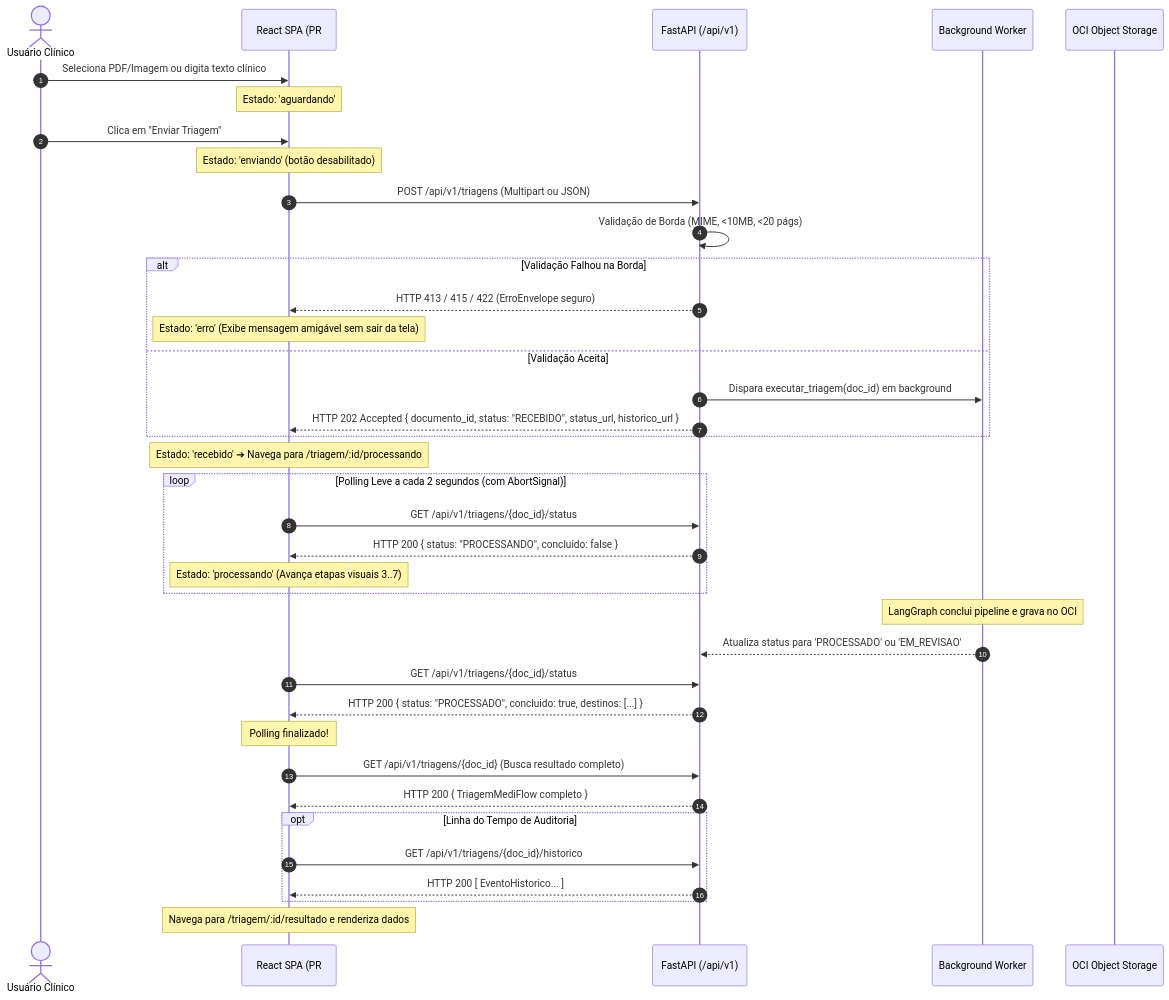
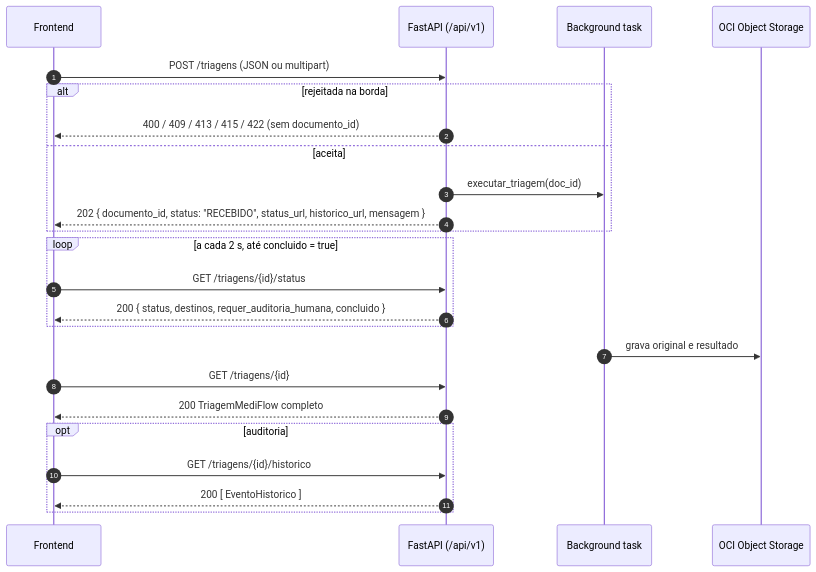
The diagram in docs/GUIA_INTEGRACAO_API.md (No-Country-simulation/g10-brasil-equipe-15_mediflow), drawn with Mermaid before and after one commit. The commit also changed other lines of this file and 2 other files, not shown here.

First line of the commit message:
docs(api): audita e alinha guia de integracao e contrato de dados

````diff
--- a/docs/GUIA_INTEGRACAO_API.md
+++ b/docs/GUIA_INTEGRACAO_API.md
@@ -92,49 +78,29 @@
 ```mermaid
 sequenceDiagram
     autonumber
-    actor U as Usuário Clínico
-    participant UI as React SPA (PR #24)
+    participant UI as Frontend
     participant API as FastAPI (/api/v1)
-    participant BG as Background Worker
+    participant BG as Background task
     participant OCI as OCI Object Storage
 
-    U->>UI: Seleciona PDF/Imagem ou digita texto clínico
-    Note over UI: Estado: 'aguardando'
-    U->>UI: Clica em "Enviar Triagem"
-    Note over UI: Estado: 'enviando' (botão desabilitado)
-
-    UI->>API: POST /api/v1/triagens (Multipart ou JSON)
-    API->>API: Validação de Borda (MIME, <10MB, <20 págs)
-    alt Validação Falhou na Borda
-        API-->>UI: HTTP 413 / 415 / 422 (ErroEnvelope seguro)
-        Note over UI: Estado: 'erro' (Exibe mensagem amigável sem sair da tela)
-    else Validação Aceita
-        API->>BG: Dispara executar_triagem(doc_id) em background
-        API-->>UI: HTTP 202 Accepted { documento_id, status: "RECEBIDO", status_url, historico_url }
+    UI->>API: POST /triagens (JSON ou multipart)
+    alt rejeitada na borda
+        API-->>UI: 400 / 409 / 413 / 415 / 422 (sem documento_id)
+    else aceita
+        API->>BG: executar_triagem(doc_id)
+        API-->>UI: 202 { documento_id, status: "RECEBIDO", status_url, historico_url, mensagem }
     end
 
-    Note over UI: Estado: 'recebido' ➔ Navega para /triagem/:id/processando
-
-    loop Polling Leve a cada 2 segundos (com AbortSignal)
-        UI->>API: GET /api/v1/triagens/{doc_id}/status
-        API-->>UI: HTTP 200 { status: "PROCESSANDO", concluido: false }
-        Note over UI: Estado: 'processando' (Avança etapas visuais 3..7)
+    loop a cada 2 s, até concluido = true
+        UI->>API: GET /triagens/{id}/status
+        API-->>UI: 200 { status, destinos, requer_auditoria_humana, concluido }
     end
 
-    Note over BG: LangGraph conclui pipeline e grava no OCI
-    BG-->>API: Atualiza status para 'PROCESSADO' ou 'EM_REVISAO'
-
-    UI->>API: GET /api/v1/triagens/{doc_id}/status
-    API-->>UI: HTTP 200 { status: "PROCESSADO", concluido: true, destinos: [...] }
-
-    Note over UI: Polling finalizado!
-    UI->>API: GET /api/v1/triagens/{doc_id} (Busca resultado completo)
-    API-->>UI: HTTP 200 { TriagemMediFlow completo }
-
-    opt Linha do Tempo de Auditoria
-        UI->>API: GET /api/v1/triagens/{doc_id}/historico
-        API-->>UI: HTTP 200 [ EventoHistorico... ]
+    BG->>OCI: grava original e resultado
+    UI->>API: GET /triagens/{id}
+    API-->>UI: 200 TriagemMediFlow completo
+    opt auditoria
+        UI->>API: GET /triagens/{id}/historico
+        API-->>UI: 200 [ EventoHistorico ]
     end
-
-    Note over UI: Navega para /triagem/:id/resultado e renderiza dados
 ```
````
